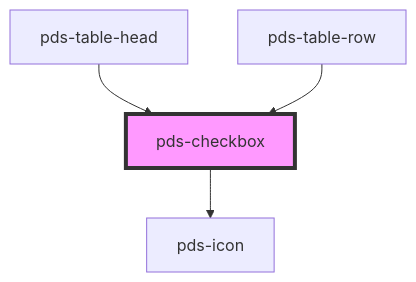
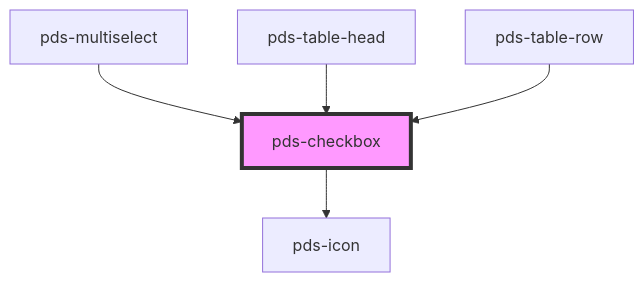
One commit to Kajabi/pine changed the diagram in libs/core/src/components/pds-checkbox/readme.md. Above: the diagram before and after it, drawn with Mermaid. The commit also changed other lines of this file and 11 other files, not shown here.

Commit message:
feat(pds-multiselect): add pdsmultiselect

````diff
--- a/libs/core/src/components/pds-checkbox/readme.md
+++ b/libs/core/src/components/pds-checkbox/readme.md
@@ -46,7 +47,8 @@
 ```mermaid
 graph TD;
   pds-checkbox --> pds-icon
+  pds-multiselect --> pds-checkbox
   pds-table-head --> pds-checkbox
   pds-table-row --> pds-checkbox
   style pds-checkbox fill:#f9f,stroke:#333,stroke-width:4px
 ```
````
